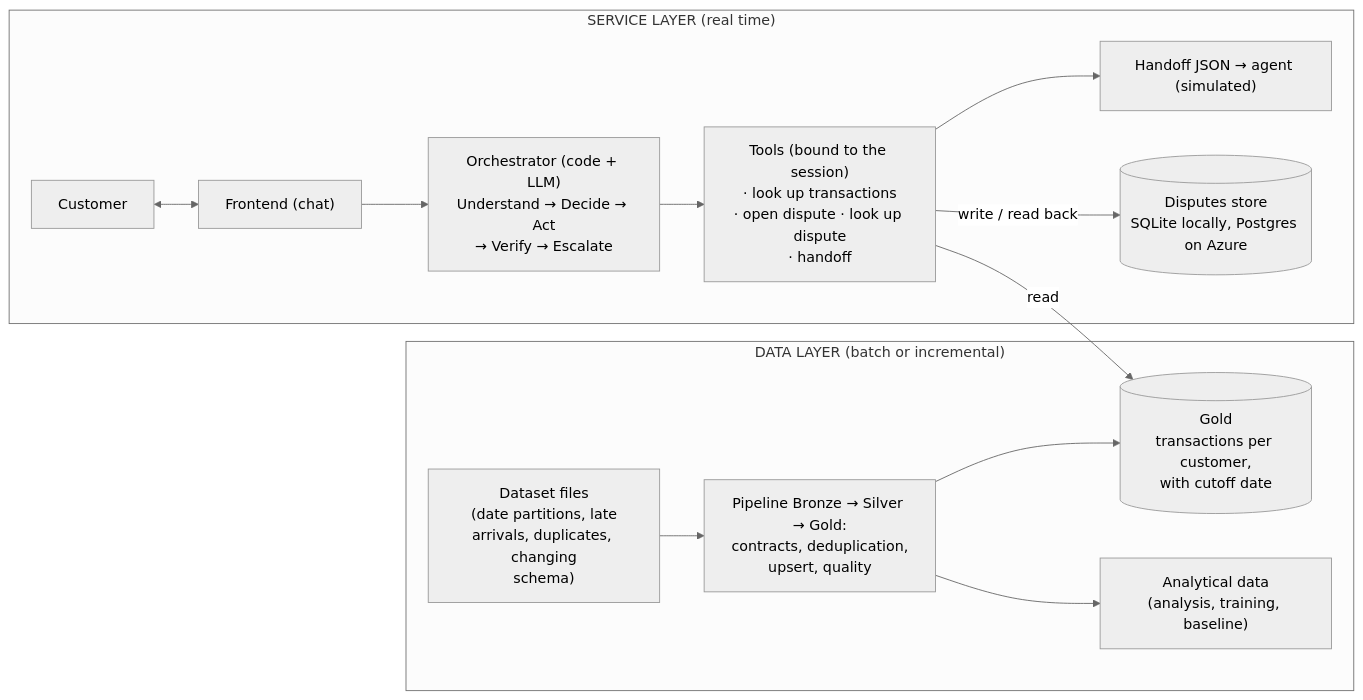
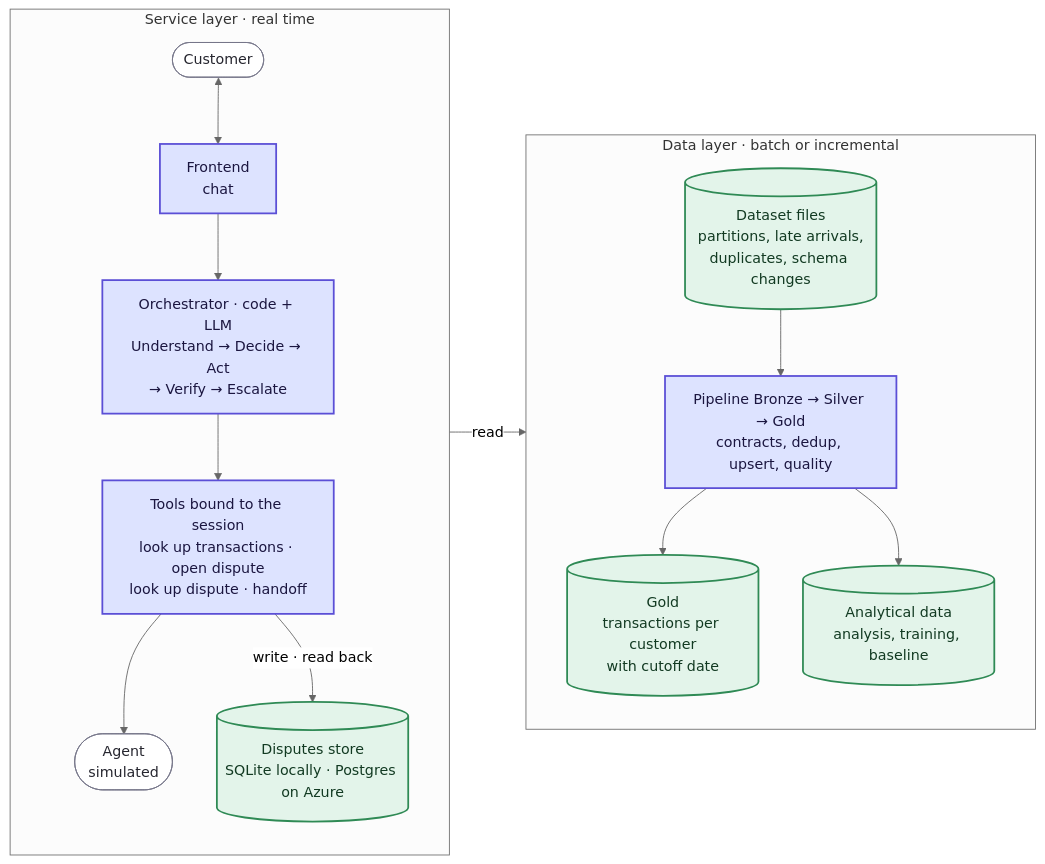
Before and after one commit to rdorta27/factored-hackathon-2026-sentinel-engine: the first of 4 diagrams in docs/understand/architecture.md, drawn with Mermaid (neutral theme). The commit also changed other lines of this file and 1 other file, not shown here.

First line of the commit message:
docs: redraw the architecture and roadmap diagrams with one visual language

````diff
--- a/docs/understand/architecture.md
+++ b/docs/understand/architecture.md
@@ -13,17 +13,27 @@
 ```mermaid
 flowchart LR
-    subgraph service["SERVICE LAYER (real time)"]
-        client["Customer"] <--> frontend["Frontend (chat)"]
-        frontend --> orch["Orchestrator (code + LLM)<br/>Understand → Decide → Act<br/>→ Verify → Escalate"]
-        orch --> tools["Tools (bound to the session)<br/>· look up transactions<br/>· open dispute · look up dispute<br/>· handoff"]
-        tools --> handoff["Handoff JSON → agent (simulated)"]
-        tools -- "write / read back" --> disputes[("Disputes store<br/>SQLite locally, Postgres on Azure")]
+    subgraph service["Service layer · real time"]
+        direction TB
+        client(["Customer"]) <--> frontend["Frontend<br/>chat"]
+        frontend --> orch["Orchestrator · code + LLM<br/>Understand → Decide → Act<br/>→ Verify → Escalate"]
+        orch --> tools["Tools bound to the session<br/>look up transactions · open dispute<br/>look up dispute · handoff"]
+        tools --> agent(["Agent<br/>simulated"])
+        tools -- "write · read back" --> disputes[("Disputes store<br/>SQLite locally · Postgres on Azure")]
     end
-    subgraph dataL["DATA LAYER (batch or incremental)"]
-        files["Dataset files<br/>(date partitions, late<br/>arrivals, duplicates, changing<br/>schema)"]
-        files --> pipe["Pipeline Bronze → Silver → Gold:<br/>contracts, deduplication,<br/>upsert, quality"]
-        pipe --> gold[("Gold<br/>transactions per customer,<br/>with cutoff date")]
-        pipe --> anstore["Analytical data<br/>(analysis, training, baseline)"]
+    subgraph dataL["Data layer · batch or incremental"]
+        direction TB
+        files[("Dataset files<br/>partitions, late arrivals,<br/>duplicates, schema changes")] --> pipe["Pipeline Bronze → Silver → Gold<br/>contracts, dedup, upsert, quality"]
+        pipe --> gold[("Gold<br/>transactions per customer<br/>with cutoff date")]
+        pipe --> anstore[("Analytical data<br/>analysis, training, baseline")]
     end
     tools -- "read" --> gold
+
+    classDef real fill:#dde3ff,stroke:#5b4fd6,stroke-width:2px,color:#1b1640
+    classDef mock fill:#ffe9c7,stroke:#c77d12,stroke-width:2px,stroke-dasharray:6 4,color:#3a2a00
+    classDef store fill:#e3f4ea,stroke:#2f8a55,stroke-width:2px,color:#123a22
+    classDef proposed fill:#f1f1f4,stroke:#77778a,stroke-width:2px,stroke-dasharray:4 3,color:#26262f
+    classDef ext fill:#ffffff,stroke:#77778a,stroke-width:1px,color:#26262f
+    class client,agent ext
+    class frontend,orch,tools,pipe real
+    class files,gold,anstore,disputes store
 ```
````
